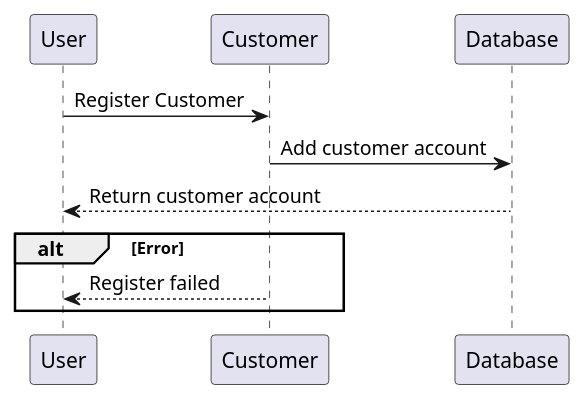
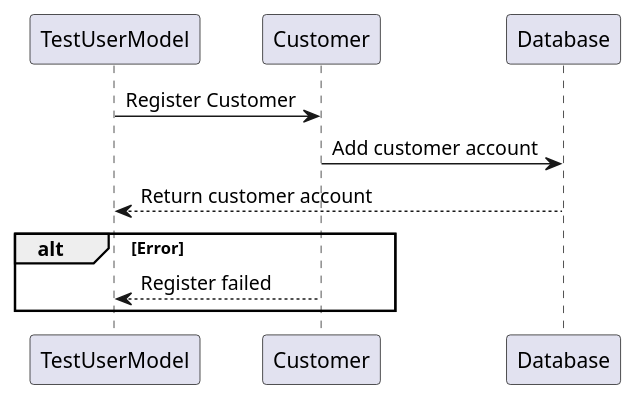
The diagram in src/main/java/Diagrams/HermanLippertSequence.puml (Andreas981/SEGruppeprosjekt), drawn with PlantUML before and after one commit. The commit also changed 5 other files, not shown here.

```diff
--- a/src/main/java/Diagrams/HermanLippertSequence.puml
+++ b/src/main/java/Diagrams/HermanLippertSequence.puml
@@ -2,10 +2,10 @@
 @startuml
 
-User -> Customer:Register Customer
+TestUserModel -> Customer:Register Customer
 Customer -> Database:Add customer account
-User <-- Database:Return customer account
+TestUserModel <-- Database:Return customer account
 
 alt Error
-    User <-- Customer:Register failed
+    TestUserModel <-- Customer:Register failed
 end
 @enduml
```
